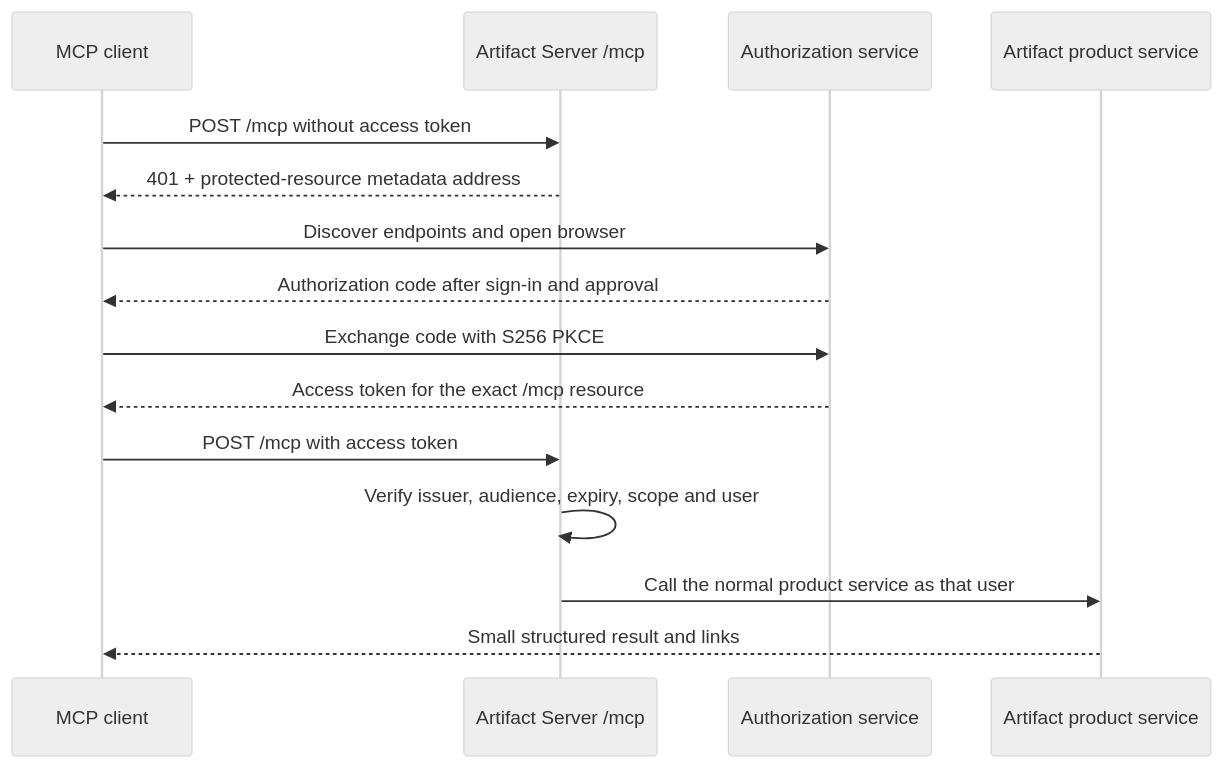
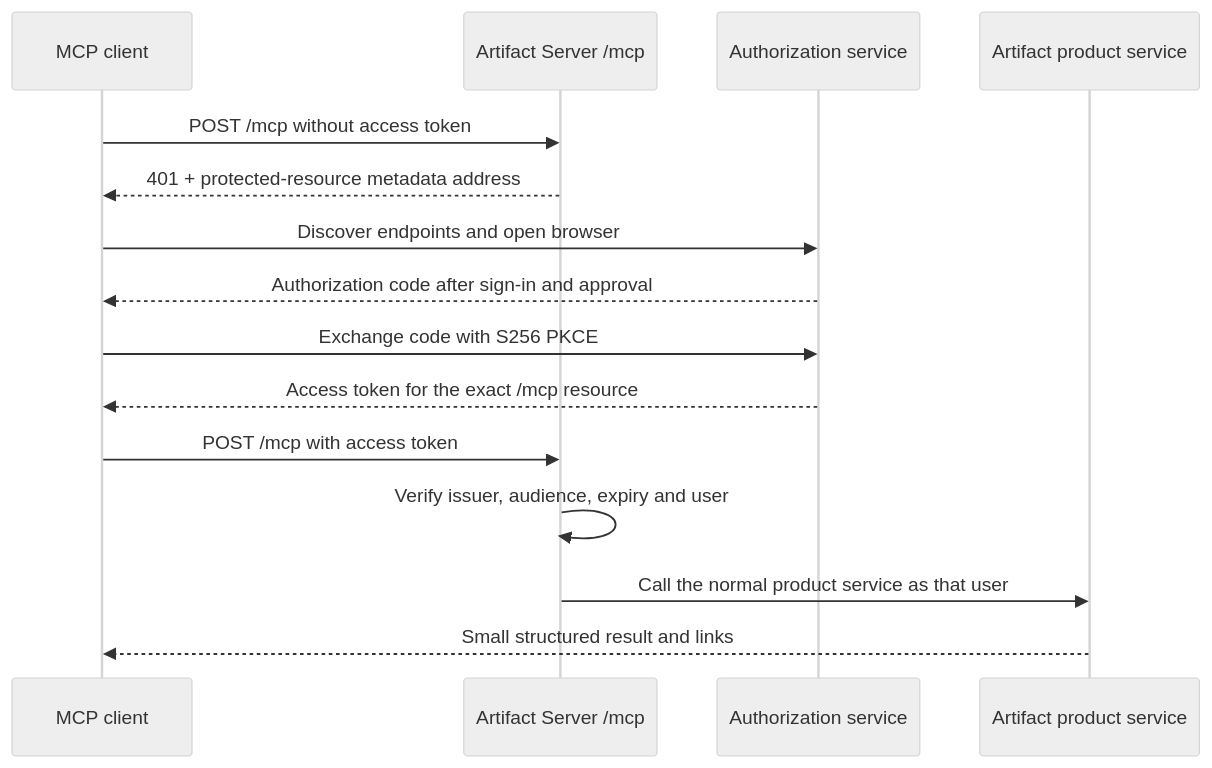
The diagram in spec/artifact-server-mcp-baseline.md (plannotator/artifact-server), drawn with Mermaid (neutral theme) before and after one commit. The commit also changed other lines of this file and 6 other files, not shown here.

````diff
--- a/spec/artifact-server-mcp-baseline.md
+++ b/spec/artifact-server-mcp-baseline.md
@@ -82,18 +82,18 @@
 ```mermaid
 sequenceDiagram
     participant C as MCP client
     participant R as Artifact Server /mcp
     participant A as Authorization service
     participant P as Artifact product service
 
     C->>R: POST /mcp without access token
     R-->>C: 401 + protected-resource metadata address
     C->>A: Discover endpoints and open browser
     A-->>C: Authorization code after sign-in and approval
     C->>A: Exchange code with S256 PKCE
     A-->>C: Access token for the exact /mcp resource
     C->>R: POST /mcp with access token
-    R->>R: Verify issuer, audience, expiry, scope and user
+    R->>R: Verify issuer, audience, expiry and user
     R->>P: Call the normal product service as that user
     P-->>C: Small structured result and links
 ```
````
